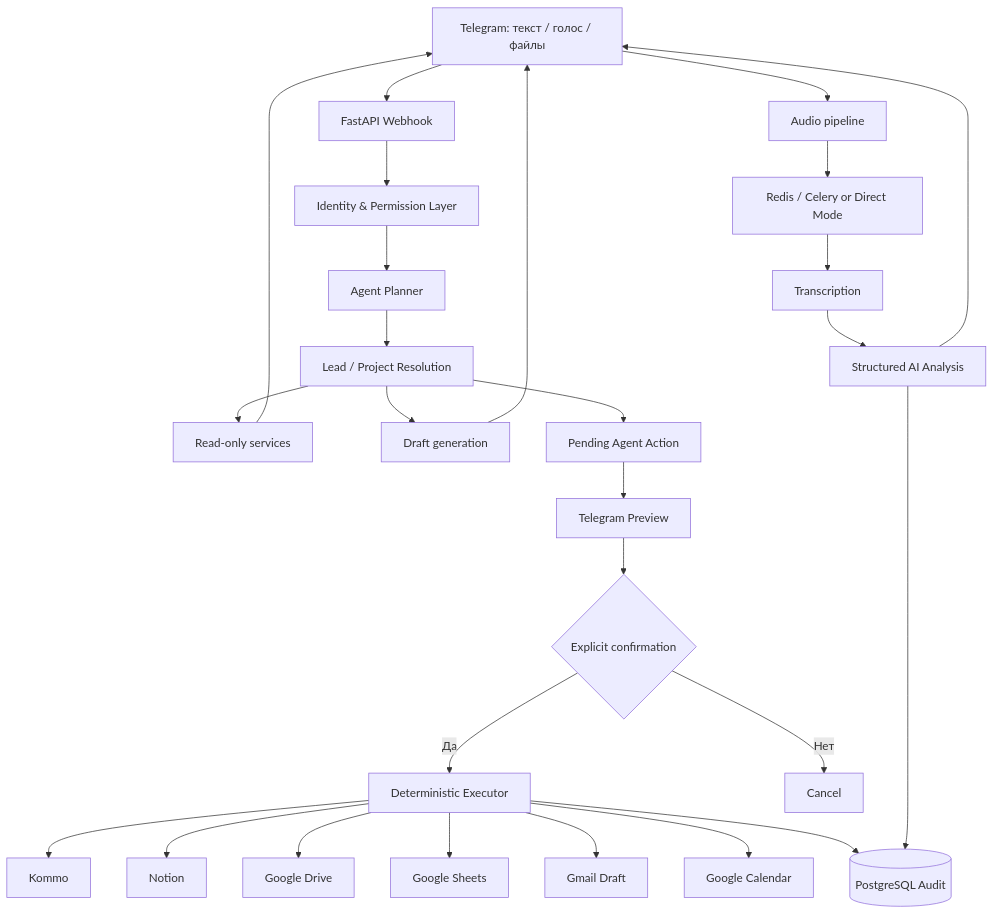
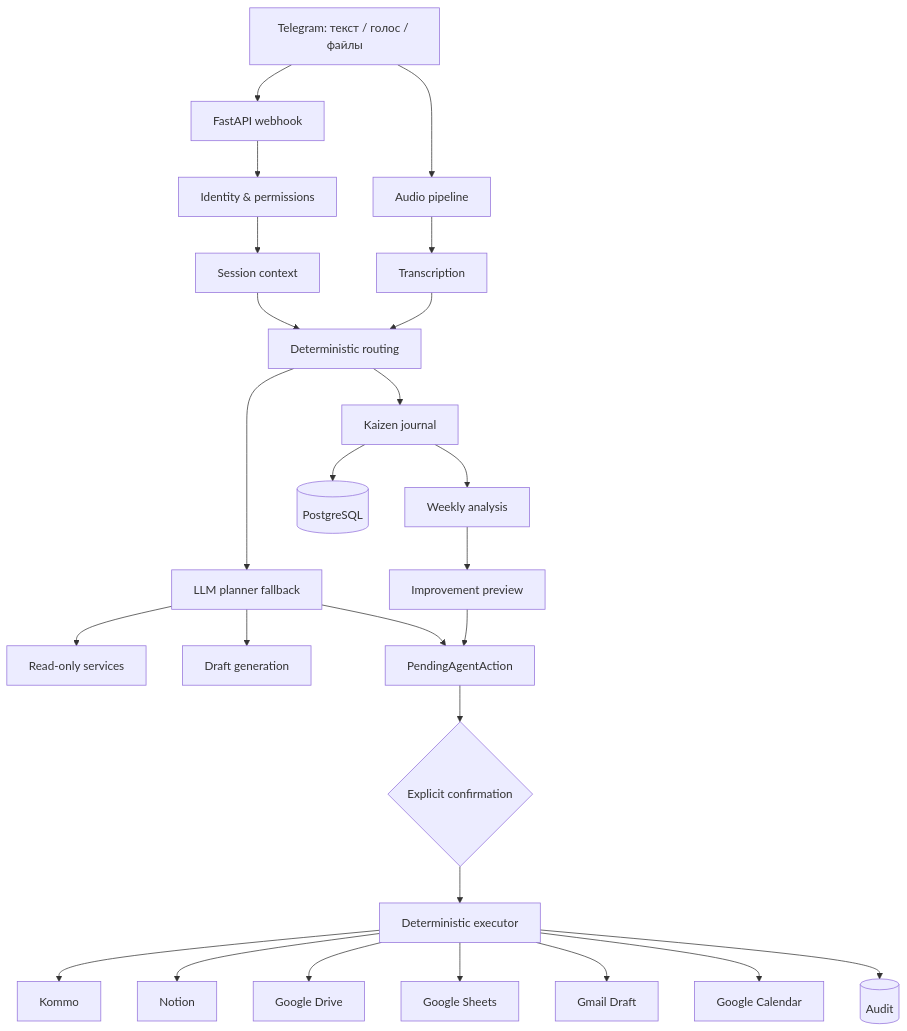
Before and after one commit to hilfikiri1/bot_lead: the diagram in README.md, drawn with Mermaid. The commit also changed other lines of this file, not shown here.

Commit message:
docs: document kaizen journal and smarter context commands

````diff
--- a/README.md
+++ b/README.md
@@ -331,34 +354,32 @@
 ```mermaid
 flowchart TD
-    TG[Telegram: текст / голос / файлы] --> API[FastAPI Webhook]
-    API --> ID[Identity & Permission Layer]
-    ID --> PLAN[Agent Planner]
-    PLAN --> RESOLVE[Lead / Project Resolution]
+    TG[Telegram: текст / голос / файлы] --> API[FastAPI webhook]
+    API --> ID[Identity & permissions]
+    ID --> CTX[Session context]
+    CTX --> ROUTE[Deterministic routing]
+    ROUTE --> PLAN[LLM planner fallback]
 
-    RESOLVE --> READ[Read-only services]
-    READ --> TG
+    ROUTE --> JOURNAL[Kaizen journal]
+    JOURNAL --> PG[(PostgreSQL)]
+    JOURNAL --> WEEK[Weekly analysis]
+    WEEK --> PREVIEW[Improvement preview]
 
-    RESOLVE --> DRAFT[Draft generation]
-    DRAFT --> TG
+    PLAN --> READ[Read-only services]
+    PLAN --> DRAFT[Draft generation]
+    PLAN --> PENDING[PendingAgentAction]
+    PREVIEW --> PENDING
 
-    RESOLVE --> PENDING[Pending Agent Action]
-    PENDING --> PREVIEW[Telegram Preview]
-    PREVIEW --> CONFIRM{Explicit confirmation}
-    CONFIRM -->|Да| EXEC[Deterministic Executor]
-    CONFIRM -->|Нет| CANCEL[Cancel]
-
+    PENDING --> CONFIRM{Explicit confirmation}
+    CONFIRM --> EXEC[Deterministic executor]
     EXEC --> KOMMO[Kommo]
     EXEC --> NOTION[Notion]
     EXEC --> DRIVE[Google Drive]
     EXEC --> SHEETS[Google Sheets]
     EXEC --> GMAIL[Gmail Draft]
     EXEC --> CAL[Google Calendar]
-    EXEC --> DB[(PostgreSQL Audit)]
+    EXEC --> AUDIT[(Audit)]
 
     TG --> VOICE[Audio pipeline]
-    VOICE --> REDIS[Redis / Celery or Direct Mode]
-    REDIS --> WHISPER[Transcription]
-    WHISPER --> ANALYSIS[Structured AI Analysis]
-    ANALYSIS --> DB
-    ANALYSIS --> TG
+    VOICE --> TRANSCRIPT[Transcription]
+    TRANSCRIPT --> ROUTE
 ```
````
